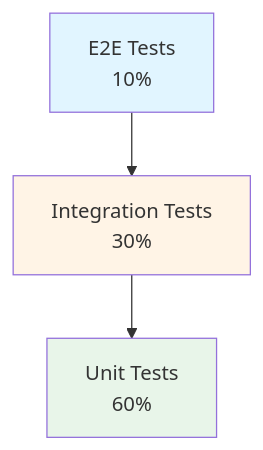
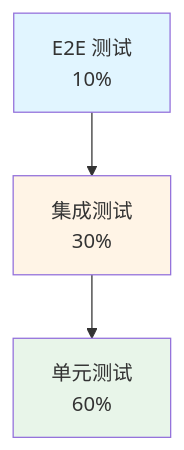
The second of 2 diagrams in openspec/changes/archive/2025-12-19-add-lifecycle-operations-foundation/IMPLEMENTATION_GUIDE.md (liushuai0109/workflow-engine), drawn with Mermaid before and after one commit. The commit also changed other lines of this file and 12 other files, not shown here.

````diff
--- a/openspec/changes/archive/2025-12-19-add-lifecycle-operations-foundation/IMPLEMENTATION_GUIDE.md
+++ b/openspec/changes/archive/2025-12-19-add-lifecycle-operations-foundation/IMPLEMENTATION_GUIDE.md
@@ -966,13 +649,13 @@
 ```mermaid
 graph TD
-    E2E[E2E Tests<br/>10%]
-    Integration[Integration Tests<br/>30%]
-    Unit[Unit Tests<br/>60%]
+    E2E[E2E 测试<br/>10%]
+    Integration[集成测试<br/>30%]
+    Unit[单元测试<br/>60%]
 
     E2E --> Integration
     Integration --> Unit
 
     style Unit fill:#e8f5e9
     style Integration fill:#fff4e6
     style E2E fill:#e1f5ff
 ```
````
